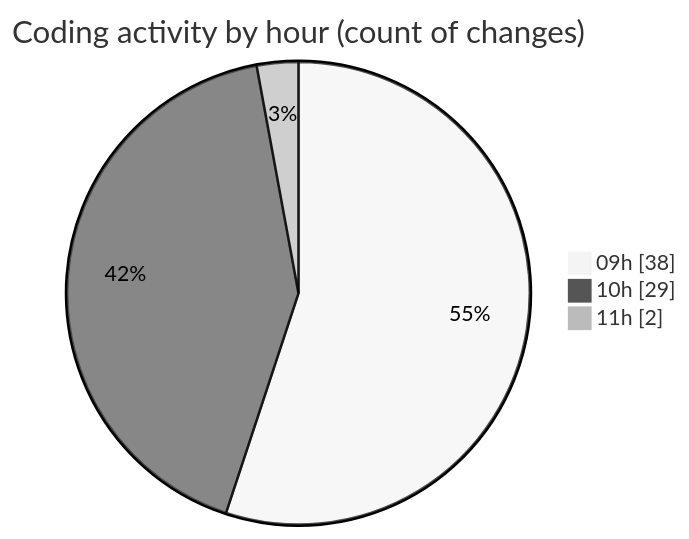
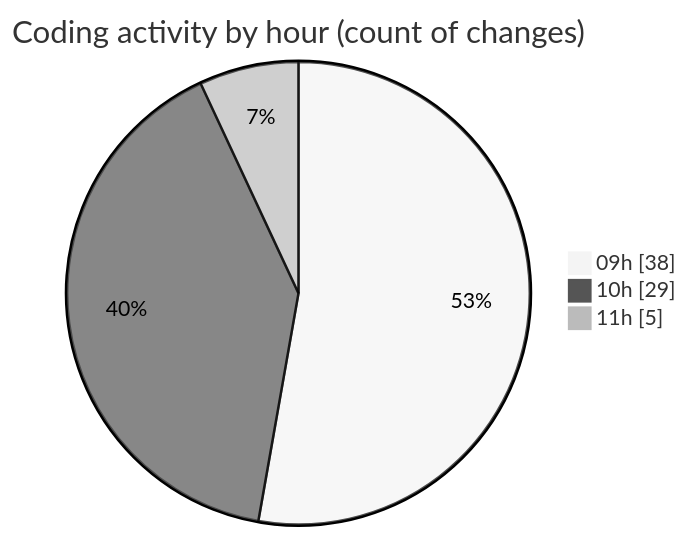
The second of 2 diagrams in 2026-07-27/cda/README.md (momahboobian/code-tracking), drawn with Mermaid (neutral theme) before and after one commit. The commit also changed other lines of this file and 1 other file, not shown here.

````diff
--- a/2026-07-27/cda/README.md
+++ b/2026-07-27/cda/README.md
@@ -40,7 +41,7 @@
 ```mermaid
 pie showData
 title Coding activity by hour (count of changes)
 "09h" : 38
 "10h" : 29
-"11h" : 2
+"11h" : 5
 ```
````
